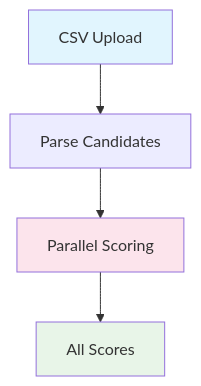
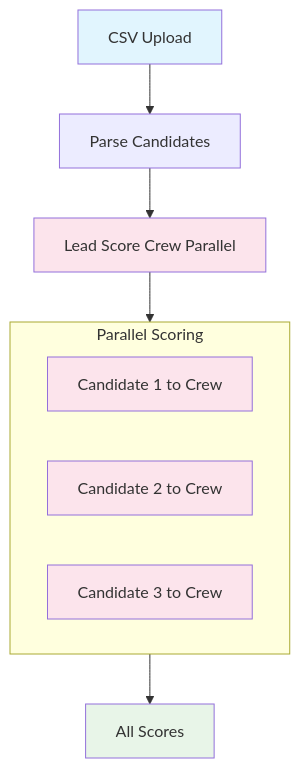
Before and after one commit to learnwithparam/monkey-kata: the third of 5 diagrams in api/demos/lead_scoring/README.md, drawn with Mermaid. The commit also changed other lines of this file and 4 other files, not shown here.

````diff
--- a/api/demos/lead_scoring/README.md
+++ b/api/demos/lead_scoring/README.md
@@ -87,9 +95,21 @@
   ```mermaid
   graph TD
-      A["CSV Upload"] --> B["Parse Candidates"]
-      B --> C["Parallel Scoring"]
-      C --> D["All Scores"]
+      A[CSV Upload] --> B[Parse Candidates]
+      B --> C[Lead Score Crew Parallel]
+      
+      subgraph Parallel[Parallel Scoring]
+          C1[Candidate 1 to Crew]
+          C2[Candidate 2 to Crew]
+          C3[Candidate 3 to Crew]
+      end
+      
+      C --> Parallel
+      Parallel --> D[All Scores]
+      
       style A fill:#e1f5fe
       style C fill:#fce4ec
+      style C1 fill:#fce4ec
+      style C2 fill:#fce4ec
+      style C3 fill:#fce4ec
       style D fill:#e8f5e8
   ```
````
